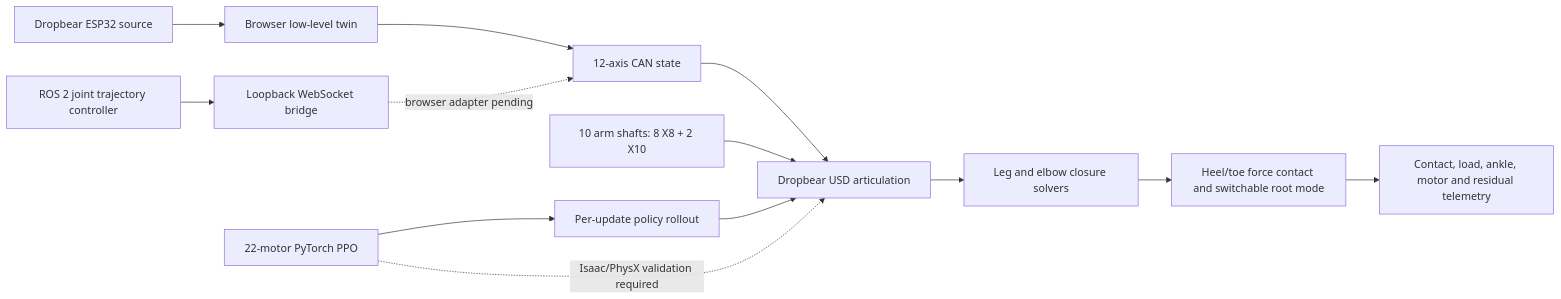
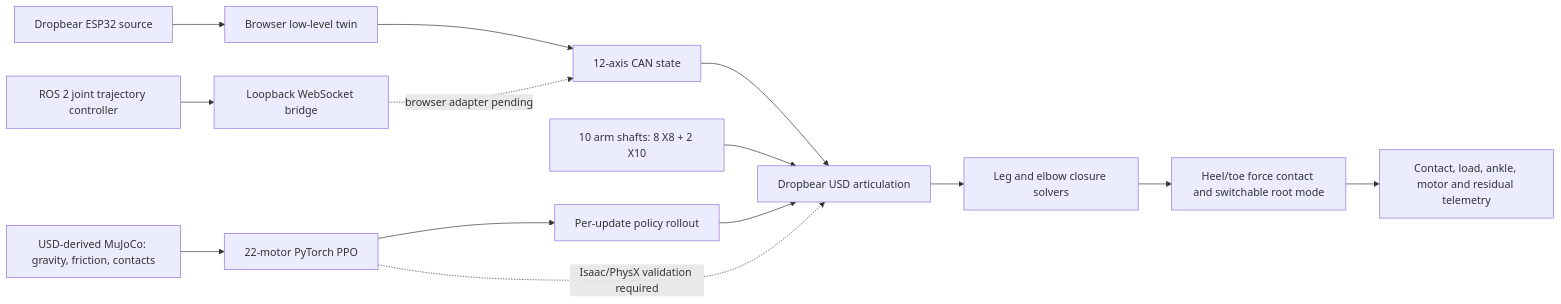
Before and after one commit to robit-man/dropbear_control: the diagram in README.md, drawn with Mermaid. The commit also changed other lines of this file and 15 other files, not shown here.

````diff
--- a/README.md
+++ b/README.md
@@ -85,17 +86,18 @@
 ```mermaid
 flowchart LR
     FW[Dropbear ESP32 source] --> BT[Browser low-level twin]
     BT --> CAN[12-axis CAN state]
     CAN --> USD[Dropbear USD articulation]
     ARM[10 arm shafts: 8 X8 + 2 X10] --> USD
     USD --> CLS[Leg and elbow closure solvers]
     CLS --> GND[Heel/toe force contact and switchable root mode]
     GND --> UI[Contact, load, ankle, motor and residual telemetry]
 
     ROS[ROS 2 joint trajectory controller] --> WS[Loopback WebSocket bridge]
     WS -. browser adapter pending .-> CAN
 
-    PPO[22-motor PyTorch PPO] --> LIVE[Per-update policy rollout]
+    MJ[USD-derived MuJoCo: gravity, friction, contacts] --> PPO[22-motor PyTorch PPO]
+    PPO --> LIVE[Per-update policy rollout]
     LIVE --> USD
     PPO -. Isaac/PhysX validation required .-> USD
 ```
````
